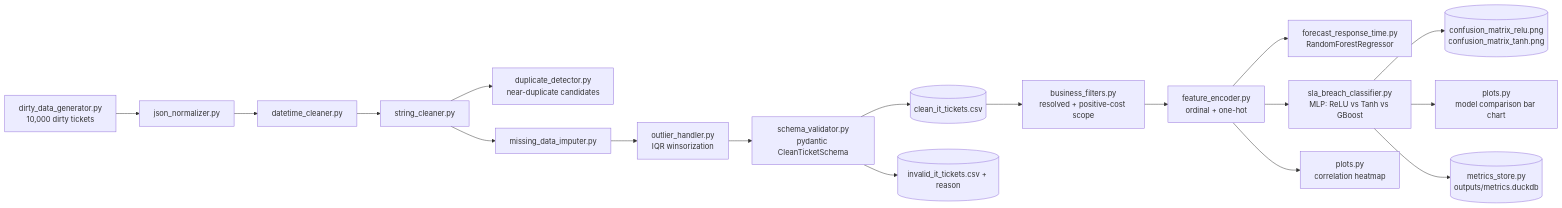
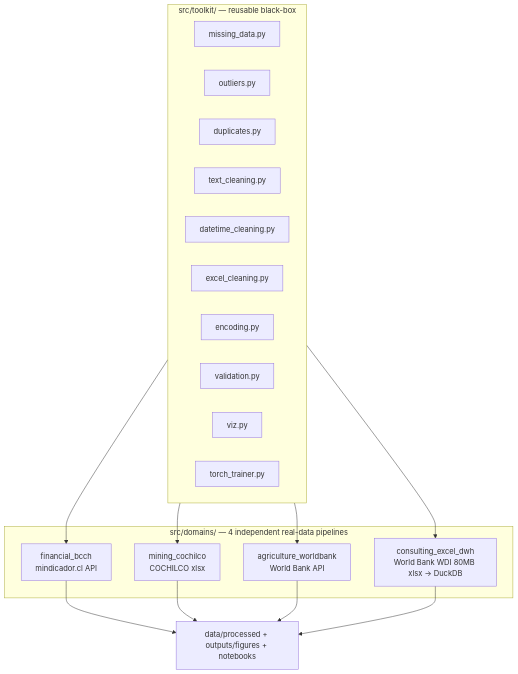
One commit to Rxyxs/Limpieza_Datos changed the diagram in README.md. Above: the diagram before and after it, drawn with Mermaid. The commit also changed other lines of this file and 123 other files, not shown here.

First line of the commit message:
feat: rebuild as multi-domain real-data cleaning/modeling toolkit

````diff
--- a/README.md
+++ b/README.md
@@ -39,20 +11,25 @@
 ```mermaid
-flowchart LR
-    A[dirty_data_generator.py<br/>10,000 dirty tickets] --> B[json_normalizer.py]
-    B --> C[datetime_cleaner.py]
-    C --> D[string_cleaner.py]
-    D --> E[duplicate_detector.py<br/>near-duplicate candidates]
-    D --> F[missing_data_imputer.py]
-    F --> G[outlier_handler.py<br/>IQR winsorization]
-    G --> H["schema_validator.py<br/>pydantic CleanTicketSchema"]
-    H --> I[(clean_it_tickets.csv)]
-    H --> J[(invalid_it_tickets.csv + reason)]
-    I --> K[business_filters.py<br/>resolved + positive-cost scope]
-    K --> L[feature_encoder.py<br/>ordinal + one-hot]
-    L --> M["forecast_response_time.py<br/>RandomForestRegressor"]
-    L --> N["sla_breach_classifier.py<br/>MLP: ReLU vs Tanh vs GBoost"]
-    L --> O["plots.py<br/>correlation heatmap"]
-    N --> P[(confusion_matrix_relu.png<br/>confusion_matrix_tanh.png)]
-    N --> Q["plots.py<br/>model comparison bar chart"]
-    N --> R[("metrics_store.py<br/>outputs/metrics.duckdb")]
+flowchart TB
+    subgraph toolkit["src/toolkit/ — reusable black-box"]
+        MD[missing_data.py]
+        OUT[outliers.py]
+        DUP[duplicates.py]
+        TXT[text_cleaning.py]
+        DT[datetime_cleaning.py]
+        EXC[excel_cleaning.py]
+        ENC[encoding.py]
+        VAL[validation.py]
+        VIZ[viz.py]
+        TRAIN[torch_trainer.py]
+    end
+
+    subgraph domains["src/domains/ — 4 independent real-data pipelines"]
+        FIN[financial_bcch<br/>mindicador.cl API]
+        MIN[mining_cochilco<br/>COCHILCO xlsx]
+        AGR[agriculture_worldbank<br/>World Bank API]
+        DWH[consulting_excel_dwh<br/>World Bank WDI 80MB xlsx → DuckDB]
+    end
+
+    toolkit --> FIN & MIN & AGR & DWH
+    FIN & MIN & AGR & DWH --> RESULTS[data/processed + outputs/figures + notebooks]
 ```
````
